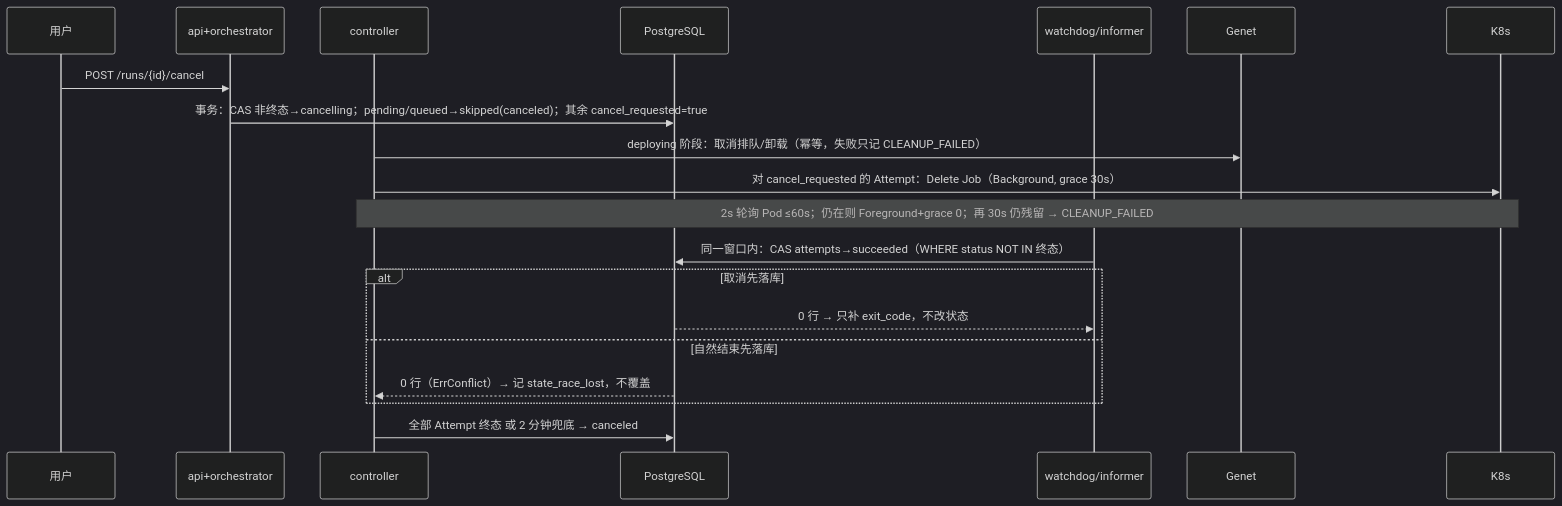
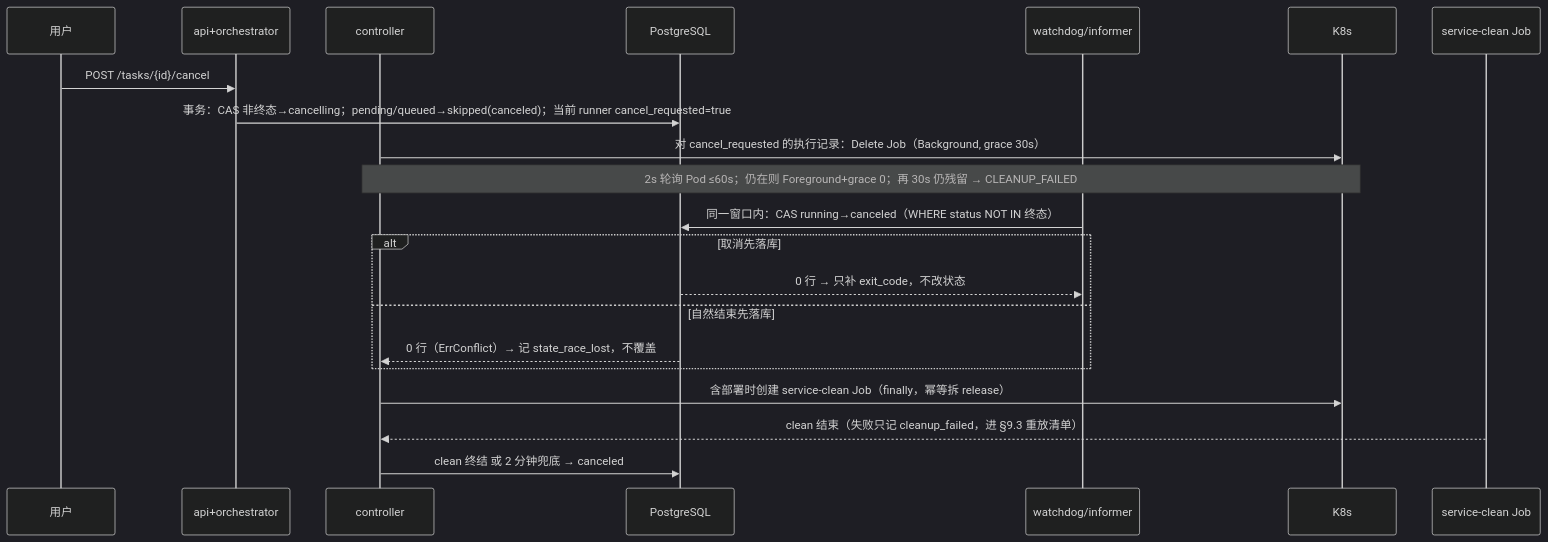
The fourth of 4 diagrams in design/views/04-process-view.md (ucm-system/testplane), drawn with Mermaid (dark theme) before and after one commit. The commit also changed other lines of this file and 471 other files, not shown here.

````diff
--- a/design/views/04-process-view.md
+++ b/design/views/04-process-view.md
@@ -176,22 +178,23 @@
 ```mermaid
 sequenceDiagram
   participant U as 用户
   participant A as api+orchestrator
   participant K as controller
   participant DB as PostgreSQL
   participant W as watchdog/informer
-  participant G as Genet
   participant X as K8s
-  U->>A: POST /runs/{id}/cancel
-  A->>DB: 事务：CAS 非终态→cancelling；pending/queued→skipped(canceled)；其余 cancel_requested=true
-  K->>G: deploying 阶段：取消排队/卸载（幂等，失败只记 CLEANUP_FAILED）
-  K->>X: 对 cancel_requested 的 Attempt：Delete Job（Background, grace 30s）
+  participant CL as service-clean Job
+  U->>A: POST /tasks/{id}/cancel
+  A->>DB: 事务：CAS 非终态→cancelling；pending/queued→skipped(canceled)；当前 runner cancel_requested=true
+  K->>X: 对 cancel_requested 的执行记录：Delete Job（Background, grace 30s）
   Note over K,X: 2s 轮询 Pod ≤60s；仍在则 Foreground+grace 0；再 30s 仍残留 → CLEANUP_FAILED
-  W->>DB: 同一窗口内：CAS attempts→succeeded（WHERE status NOT IN 终态）
+  W->>DB: 同一窗口内：CAS running→canceled（WHERE status NOT IN 终态）
   alt 取消先落库
     DB-->>W: 0 行 → 只补 exit_code，不改状态
   else 自然结束先落库
     DB-->>K: 0 行（ErrConflict）→ 记 state_race_lost，不覆盖
   end
-  K->>DB: 全部 Attempt 终态 或 2 分钟兜底 → canceled
+  K->>X: 含部署时创建 service-clean Job（finally，幂等拆 release）
+  CL-->>K: clean 结束（失败只记 cleanup_failed，进 §9.3 重放清单）
+  K->>DB: clean 终结 或 2 分钟兜底 → canceled
 ```
````
